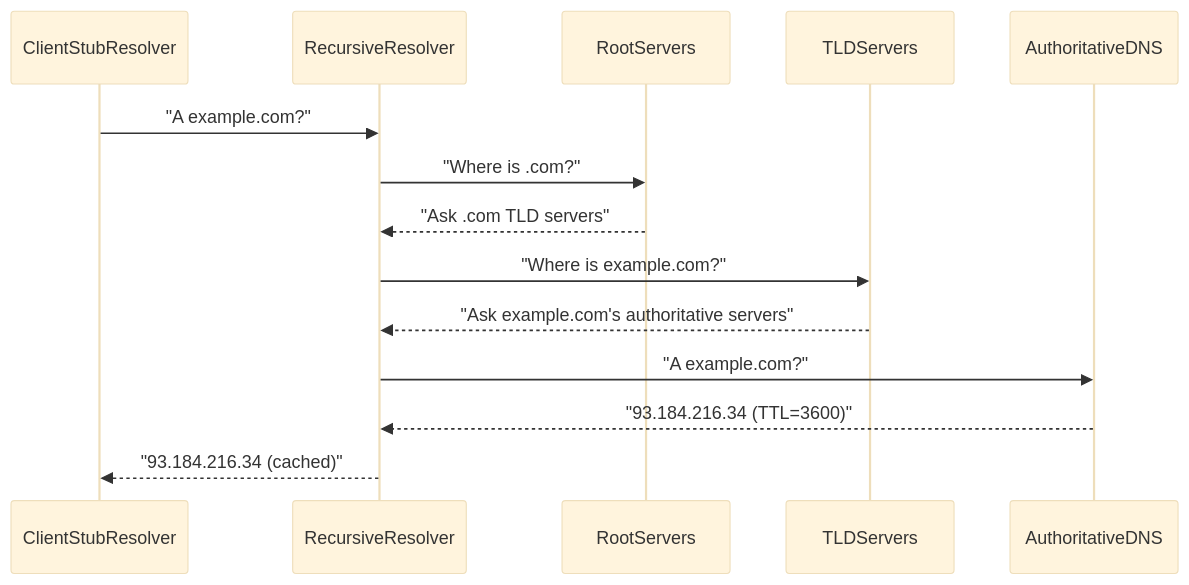
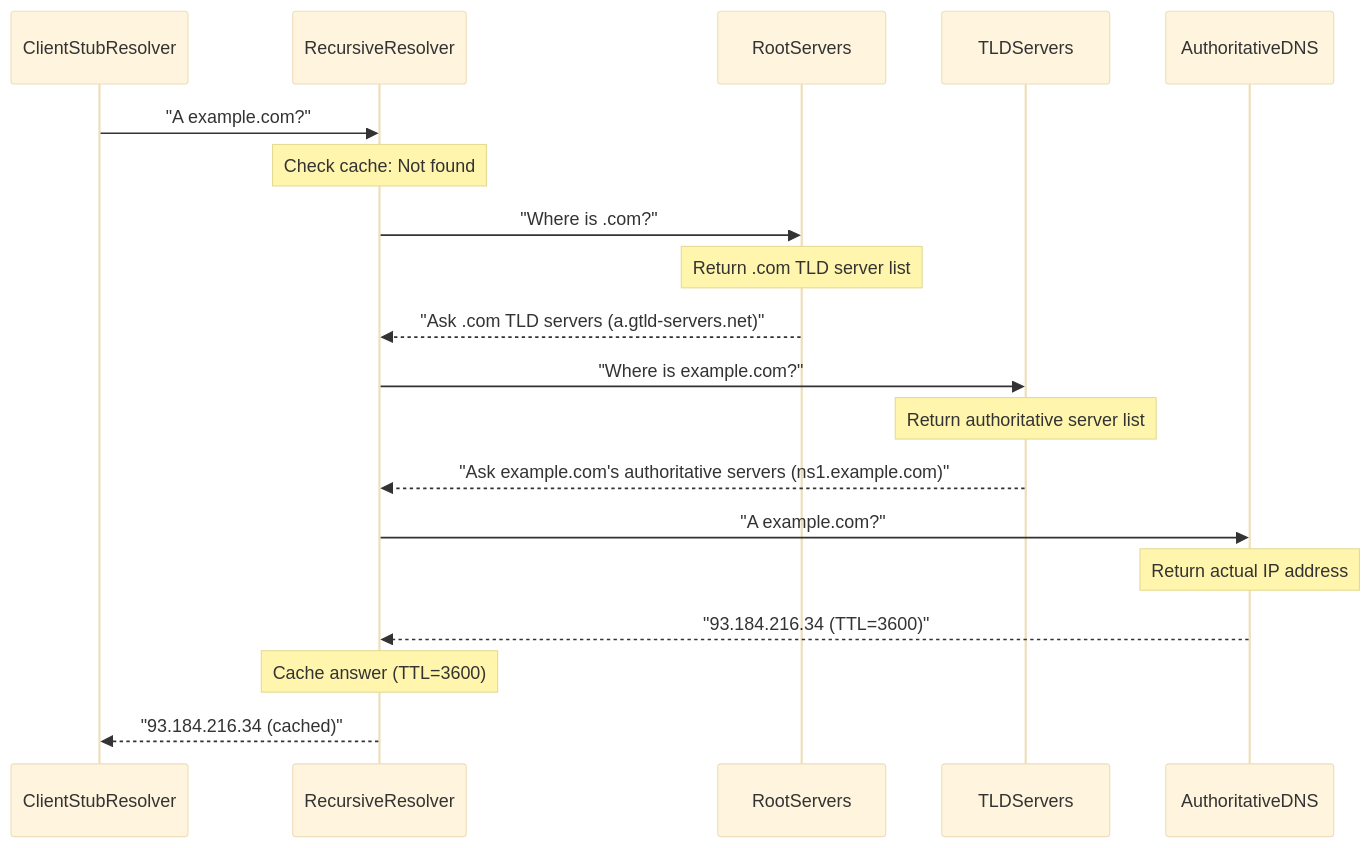
Before and after one commit to cjmaaz/ArchStarterPack: the first of 4 diagrams in networking/docs/dns.md, drawn with Mermaid (base theme). The commit also changed other lines of this file and 74 other files, not shown here.

````diff
--- a/networking/docs/dns.md
+++ b/networking/docs/dns.md
@@ -33,17 +253,26 @@
 ```mermaid
 sequenceDiagram
     participant Client as ClientStubResolver
     participant Resolver as RecursiveResolver
     participant Root as RootServers
     participant TLD as TLDServers
     participant Auth as AuthoritativeDNS
 
     Client->>Resolver: "A example.com?"
+    Note over Resolver: Check cache: Not found
+
     Resolver->>Root: "Where is .com?"
-    Root-->>Resolver: "Ask .com TLD servers"
+    Note over Root: Return .com TLD server list
+    Root-->>Resolver: "Ask .com TLD servers (a.gtld-servers.net)"
+
     Resolver->>TLD: "Where is example.com?"
-    TLD-->>Resolver: "Ask example.com's authoritative servers"
+    Note over TLD: Return authoritative server list
+    TLD-->>Resolver: "Ask example.com's authoritative servers (ns1.example.com)"
+
     Resolver->>Auth: "A example.com?"
+    Note over Auth: Return actual IP address
     Auth-->>Resolver: "93.184.216.34 (TTL=3600)"
+
+    Note over Resolver: Cache answer (TTL=3600)
     Resolver-->>Client: "93.184.216.34 (cached)"
 ```
````
